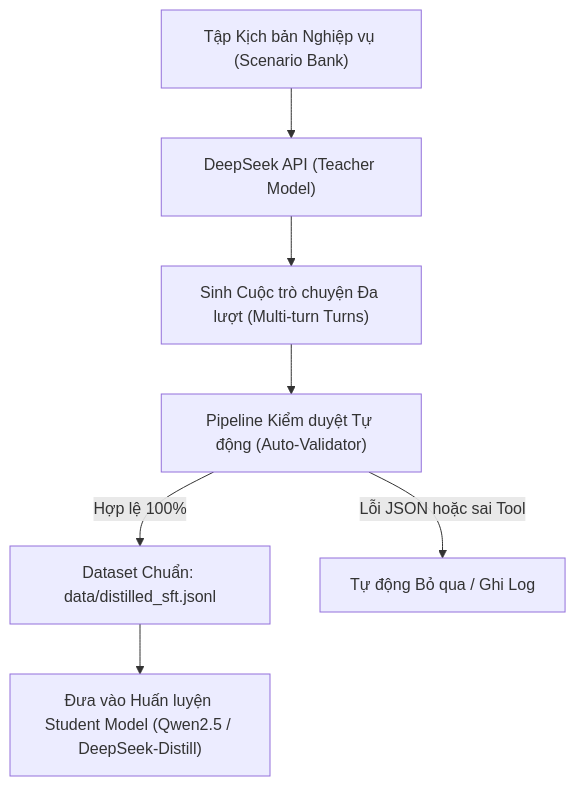
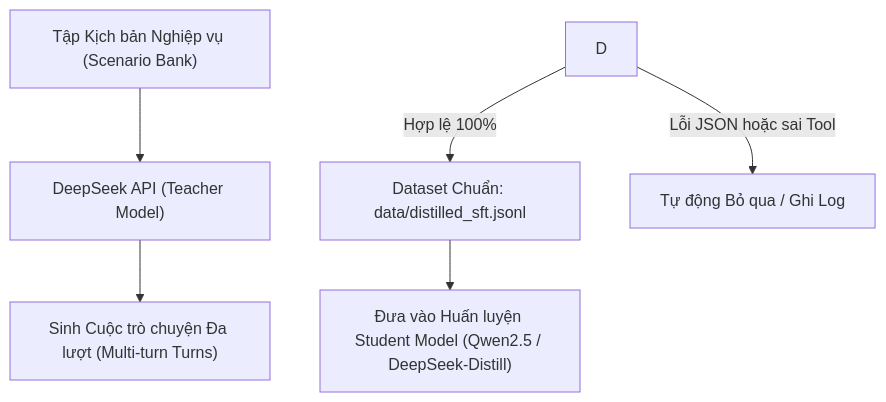
Before and after one commit to tuteemovaixlong/CSKH_ban_le: the diagram in docs/PLAN_DEEPSEEK_DISTILLATION.md, drawn with Mermaid. The commit also changed other lines of this file and 22 other files, not shown here.

````diff
--- a/docs/PLAN_DEEPSEEK_DISTILLATION.md
+++ b/docs/PLAN_DEEPSEEK_DISTILLATION.md
@@ -36,9 +35,8 @@
 ```mermaid
 flowchart TD
     A["Tập Kịch bản Nghiệp vụ (Scenario Bank)"] --> B["DeepSeek API (Teacher Model)"]
     B --> C["Sinh Cuộc trò chuyện Đa lượt (Multi-turn Turns)"]
-    C --> D["Pipeline Kiểm duyệt Tự động (Auto-Validator)"]
     D -->|Hợp lệ 100%| E["Dataset Chuẩn: data/distilled_sft.jsonl"]
     D -->|Lỗi JSON hoặc sai Tool| F["Tự động Bỏ qua / Ghi Log"]
     E --> G["Đưa vào Huấn luyện Student Model (Qwen2.5 / DeepSeek-Distill)"]
 ```
````
